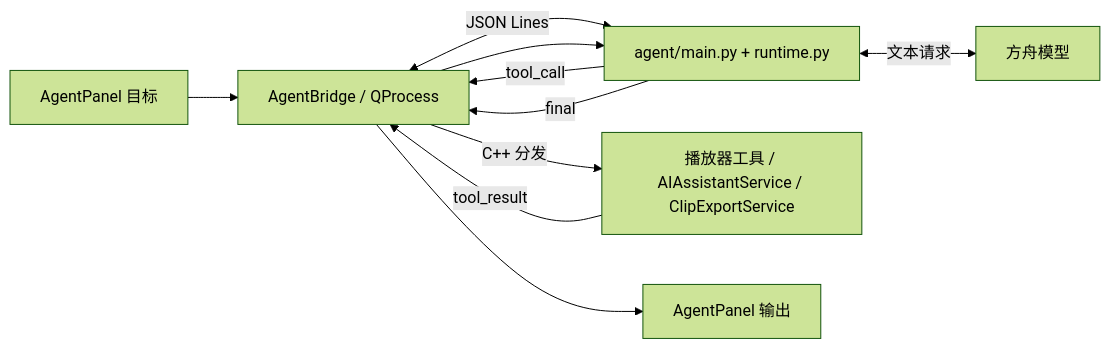
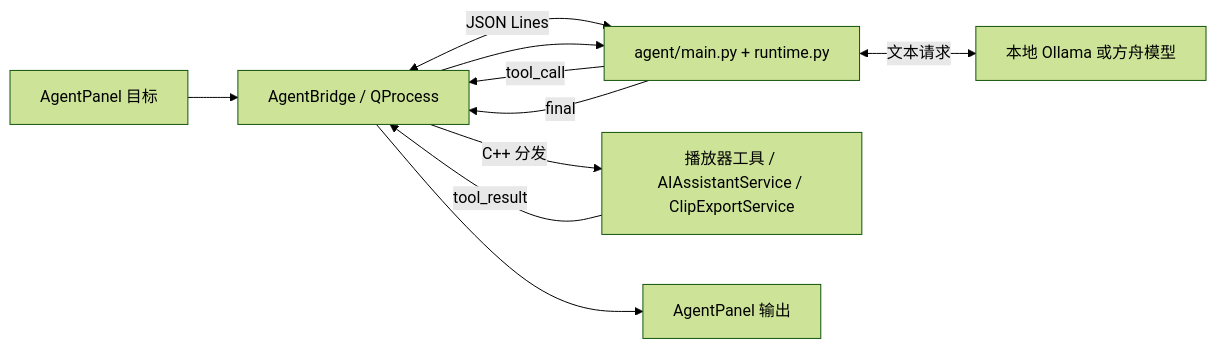
Before and after one commit to Qiao12-pixel/avplayer: the third of 3 diagrams in README.md, drawn with Mermaid (forest theme). The commit also changed other lines of this file and 33 other files, not shown here.

````diff
--- a/README.md
+++ b/README.md
@@ -171,12 +189,12 @@
 ```mermaid
 flowchart LR
     Goal[AgentPanel 目标] --> Bridge[AgentBridge / QProcess]
     Bridge <-->|JSON Lines| Runtime[agent/main.py + runtime.py]
-    Runtime <-->|文本请求| Ark[方舟模型]
+    Runtime <-->|文本请求| Model[本地 Ollama 或方舟模型]
     Runtime -->|tool_call| Bridge
     Bridge -->|C++ 分发| Tools[播放器工具 / AIAssistantService / ClipExportService]
     Tools -->|tool_result| Bridge
     Bridge --> Runtime
     Runtime -->|final| Bridge
     Bridge --> UI[AgentPanel 输出]
 ```
````
